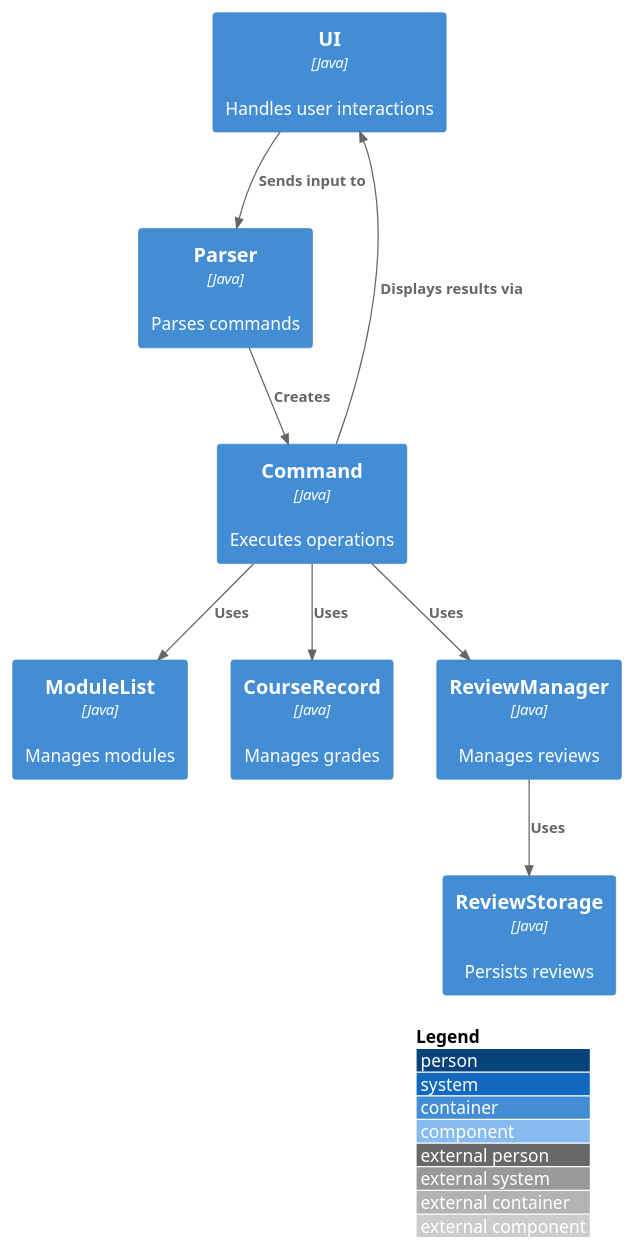
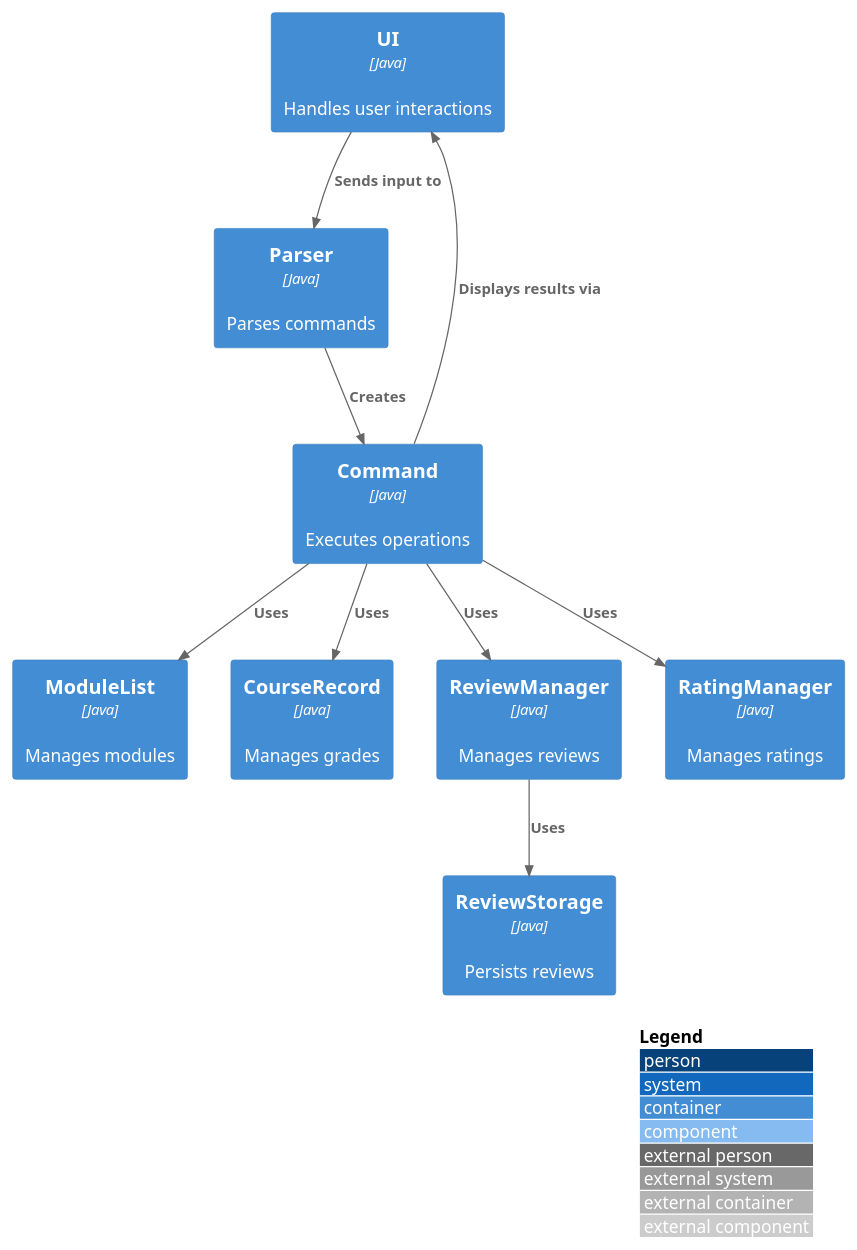
One commit to AY2526S1-CS2113-T10-3/tp changed the diagram in docs/diagrams/ArchitectureOverview.puml. Above: the diagram before and after it, drawn with PlantUML. The commit also changed other lines of this file and 1 other file, not shown here.

Commit message:
Update: improved architecture

```diff
--- a/docs/diagrams/ArchitectureOverview.puml
+++ b/docs/diagrams/ArchitectureOverview.puml
@@ -1,22 +1,27 @@
 @startuml
 !include https://raw.githubusercontent.com/plantuml-stdlib/C4-PlantUML/master/C4_Component.puml
 
+
 LAYOUT_WITH_LEGEND()
+
 
 Container(ui, "UI", "Java", "Handles user interactions")
 Container(parser, "Parser", "Java", "Parses commands")
 Container(command, "Command", "Java", "Executes operations")
 Container(moduleList, "ModuleList", "Java", "Manages modules")
 Container(courseRecord, "CourseRecord", "Java", "Manages grades")
 Container(reviewManager, "ReviewManager", "Java", "Manages reviews")
 Container(storage, "ReviewStorage", "Java", "Persists reviews")
+Container(ratingManager, "RatingManager", "Java", "Manages ratings")
+
 
 Rel(ui, parser, "Sends input to")
 Rel(parser, command, "Creates")
 Rel(command, moduleList, "Uses")
 Rel(command, courseRecord, "Uses")
 Rel(command, reviewManager, "Uses")
 Rel(reviewManager, storage, "Uses")
 Rel(command, ui, "Displays results via")
+Rel(command, ratingManager, "Uses")
 
 @enduml
```
